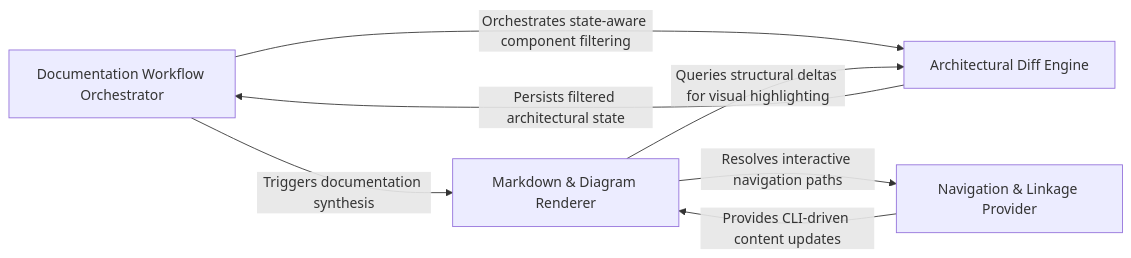
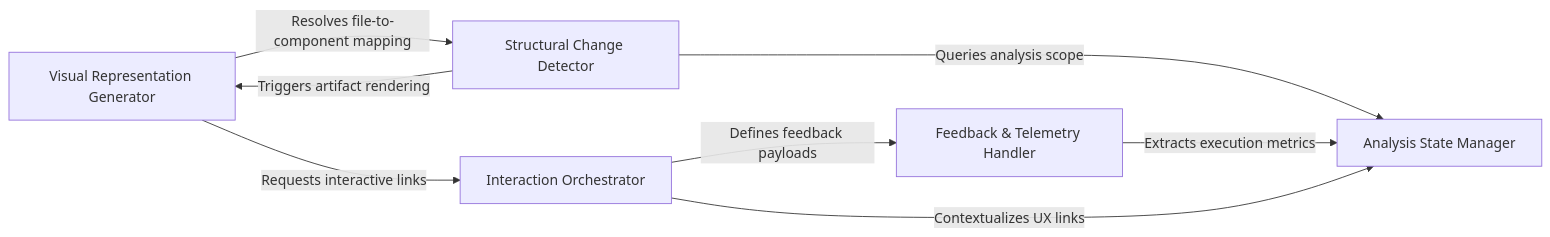
The diagram in docs/development/architecture.md (CodeBoarding/CodeBoarding-action), drawn with Mermaid before and after one commit. The commit also changed other lines of this file and 10 other files, not shown here.

Commit message:
chore(codeboarding): sync architecture baseline

````diff
--- a/docs/development/architecture.md
+++ b/docs/development/architecture.md
@@ -312,13 +1,15 @@
 ```mermaid
 graph LR
-    Documentation_Workflow_Orchestrator["Documentation Workflow Orchestrator"]
-    Architectural_Diff_Engine["Architectural Diff Engine"]
-    Markdown_Diagram_Renderer["Markdown & Diagram Renderer"]
-    Navigation_Linkage_Provider["Navigation & Linkage Provider"]
-    Documentation_Workflow_Orchestrator -- "Orchestrates state-aware component filtering" --> Architectural_Diff_Engine
-    Documentation_Workflow_Orchestrator -- "Triggers documentation synthesis" --> Markdown_Diagram_Renderer
-    Architectural_Diff_Engine -- "Persists filtered architectural state" --> Documentation_Workflow_Orchestrator
-    Markdown_Diagram_Renderer -- "Queries structural deltas for visual highlighting" --> Architectural_Diff_Engine
-    Markdown_Diagram_Renderer -- "Resolves interactive navigation paths" --> Navigation_Linkage_Provider
-    Navigation_Linkage_Provider -- "Provides CLI-driven content updates" --> Markdown_Diagram_Renderer
+    Analysis_State_Manager["Analysis State Manager"]
+    Visual_Representation_Generator["Visual Representation Generator"]
+    Structural_Change_Detector["Structural Change Detector"]
+    Feedback_Telemetry_Handler["Feedback & Telemetry Handler"]
+    Interaction_Orchestrator["Interaction Orchestrator"]
+    Visual_Representation_Generator -- "Resolves file-to-component mapping" --> Structural_Change_Detector
+    Visual_Representation_Generator -- "Requests interactive links" --> Interaction_Orchestrator
+    Structural_Change_Detector -- "Queries analysis scope" --> Analysis_State_Manager
+    Structural_Change_Detector -- "Triggers artifact rendering" --> Visual_Representation_Generator
+    Feedback_Telemetry_Handler -- "Extracts execution metrics" --> Analysis_State_Manager
+    Interaction_Orchestrator -- "Contextualizes UX links" --> Analysis_State_Manager
+    Interaction_Orchestrator -- "Defines feedback payloads" --> Feedback_Telemetry_Handler
 ```
````
